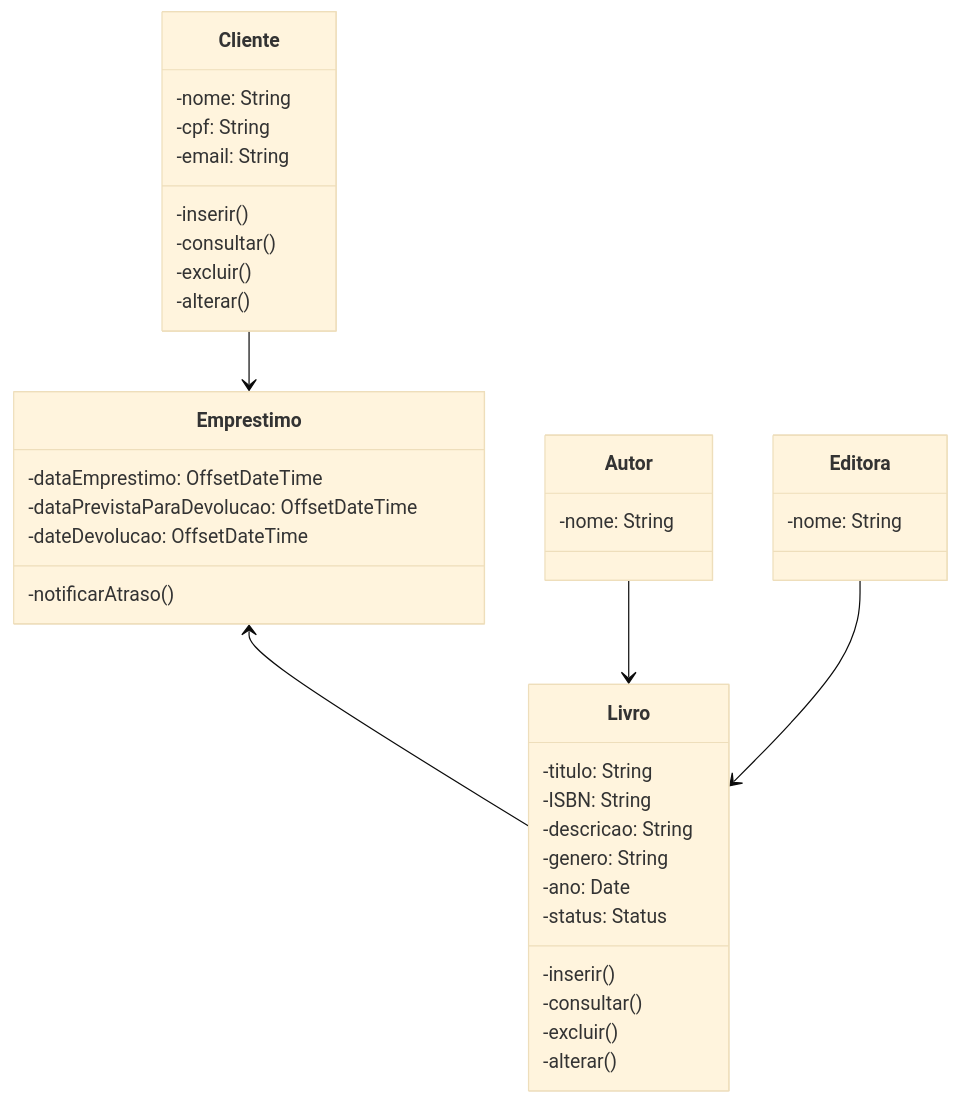
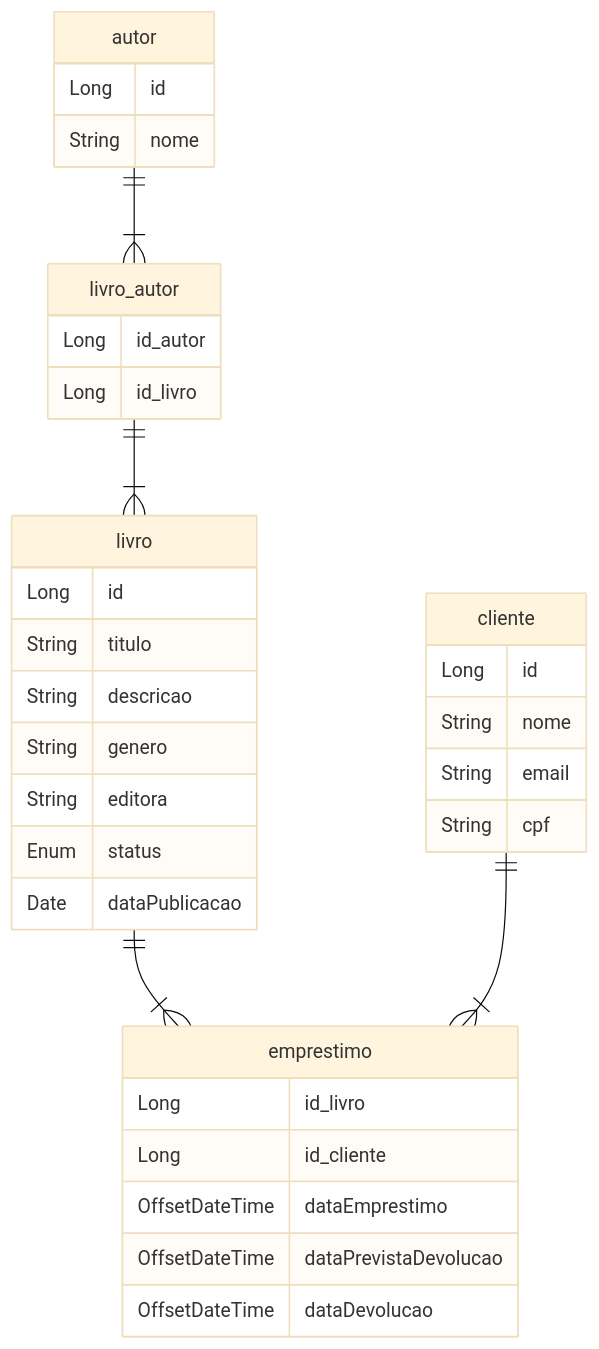
One commit to LucianoFraga27/livraria-project changed the diagram in README.md. Above: the diagram before and after it, drawn with Mermaid (base theme). The commit also changed other lines of this file, not shown here.

Commit message:
readme.md em evolução

````diff
--- a/README.md
+++ b/README.md
@@ -9,48 +11,44 @@
 ```mermaid
-classDiagram
+erDiagram
 
-    Cliente --> Emprestimo
-    Emprestimo <-- Livro
-    Autor --> Livro
-    Editora --> Livro
+    autor ||--|{ livro_autor: ""
+    livro_autor ||--|{ livro : ""
+    livro ||--|{ emprestimo : ""
+    cliente ||--|{emprestimo: ""
     
-    class Emprestimo{
-        -dataEmprestimo: OffsetDateTime
-        -dataPrevistaParaDevolucao: OffsetDateTime
-        -dateDevolucao: OffsetDateTime
-        -notificarAtraso()
+    emprestimo {
+        Long id_livro
+        Long id_cliente
+        OffsetDateTime dataEmprestimo
+        OffsetDateTime dataPrevistaDevolucao
+        OffsetDateTime dataDevolucao
+    }
+
+    livro {
+        Long id
+        String titulo
+        String descricao
+	String genero
+        String editora
+        Enum status
+        Date dataPublicacao
+    }
+
+    autor {
+        Long id
+        String nome
+    }
+
+    livro_autor {
+        Long id_autor
+        Long id_livro
+    }
+
+    cliente {
+        Long id
+        String nome
+        String email
+        String cpf
     }
     
-    class Cliente{
-        -nome: String
-        -cpf: String
-        -email: String
-
-        -inserir()
-        -consultar()
-        -excluir()
-        -alterar()
-    }
-
-    class Livro {
-        -titulo: String
-        -ISBN: String
-        -descricao: String
-        -genero: String
-        -ano: Date
-        -status: Status
-        
-        -inserir()
-        -consultar()
-        -excluir()
-        -alterar()
-    }
-
-    class Autor {
-        -nome: String
-    }
-
-    class Editora {
-        -nome: String
-    }
 ```
````
